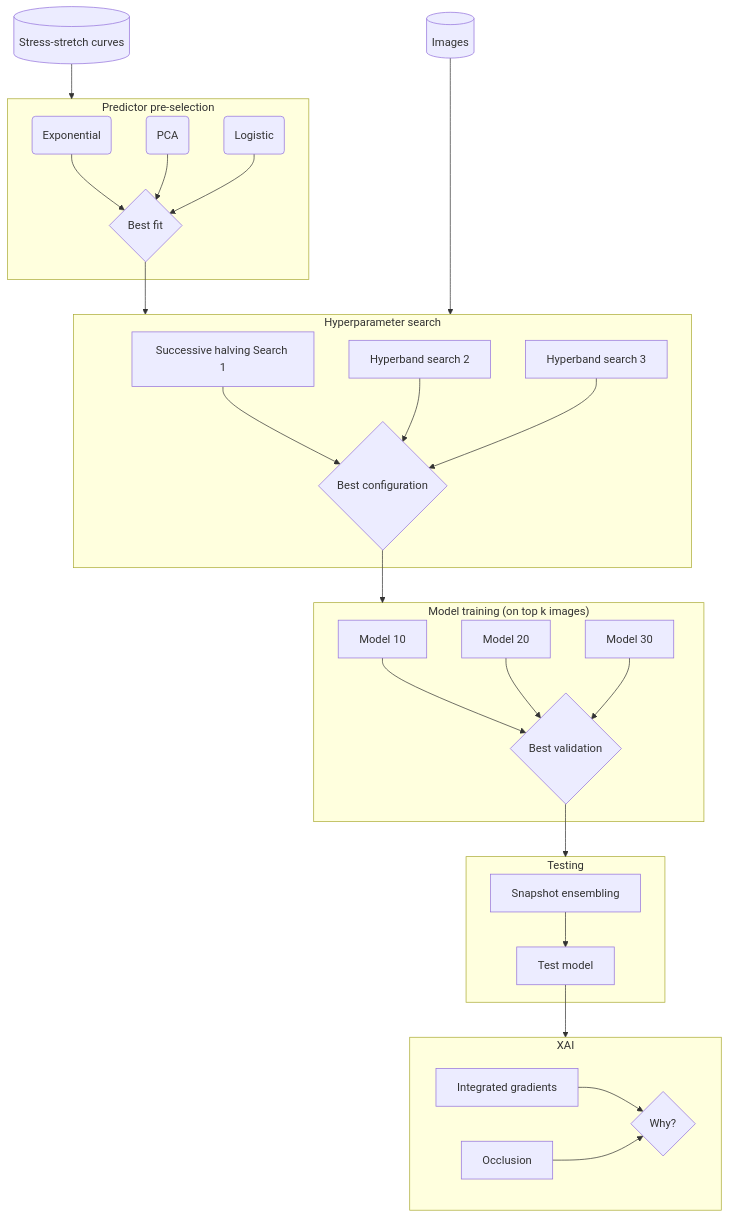
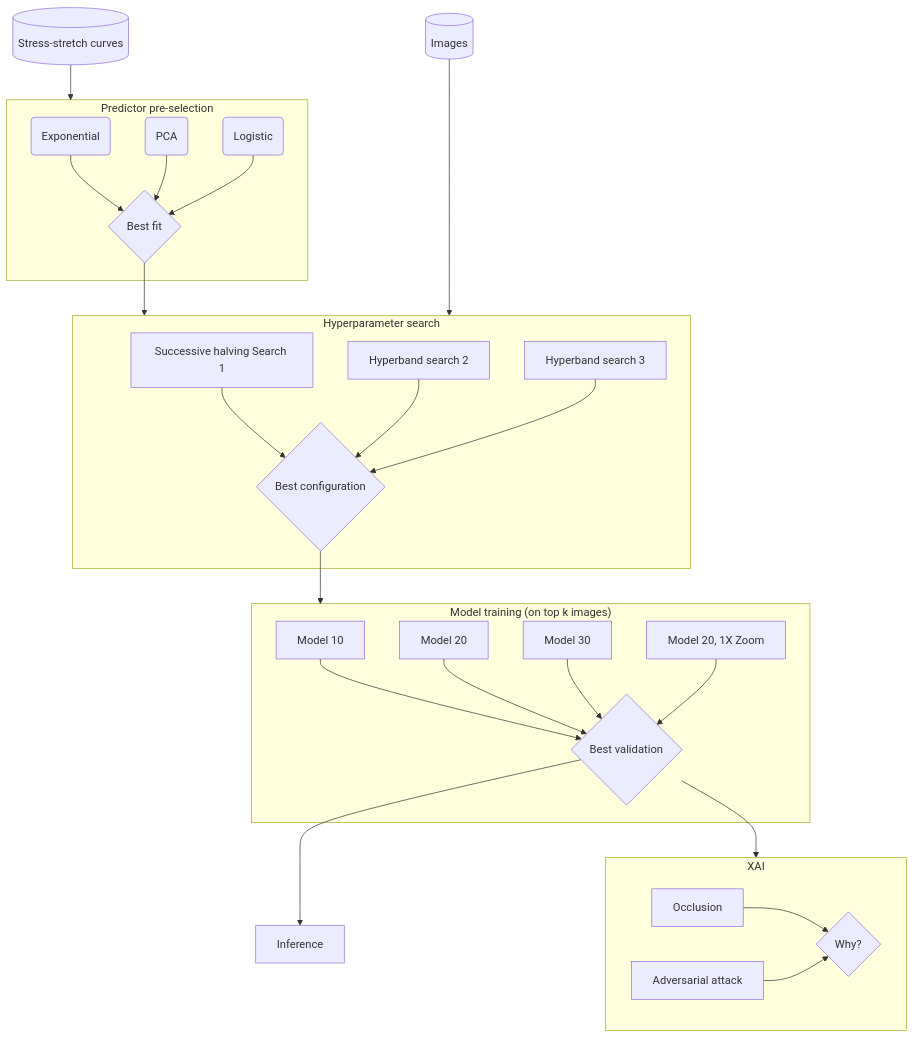
One commit to siemdejong/mscthesis changed the diagram in mermaid/skin_analysis.mmd. Above: the diagram before and after it, drawn with Mermaid. The commit also changed 1 other file, not shown here.

Commit message:
fix: update flowchart to reflect actual analysis

```diff
--- a/mermaid/skin_analysis.mmd
+++ b/mermaid/skin_analysis.mmd
@@ -1,57 +1,57 @@
 %%{init: {'theme':'default', flowchart: {'htmlLabels': false}}}%%
 
 flowchart TB
     %% nodes
 
     curves[(Stress-stretch curves)]
 
     subgraph predictor_pre_selection[Predictor pre-selection]
         exp(Exponential)
         pca(PCA)
         logistic(Logistic)
         best_fit{Best fit}
     end
-
 
     images[(Images)]
 
     subgraph hparam_search[Hyperparameter search]
         study1["Successive halving Search 1"]
         study2["Hyperband search 2"]
         study3["Hyperband search 3"]
         best_config{Best configuration}
     end
 
     subgraph training["Model training (on top k images)"]
         %% train5[Model 5]
         train10[Model 10]
         %% train15[Model 15]
         train20[Model 20]
         train30[Model 30]
+        train1X[Model 20, 1X Zoom]
         best_val{Best validation}
     end
 
-    subgraph testing[Testing]
-        ensemble[Snapshot ensembling]
-        test[Test model]
+    inference[Inference]
+
+    subgraph xai[XAI]
+        %%ig[Integrated gradients]
+        occ[Occlusion]
+        attack[Adversarial attack]
+        why{Why?}
     end
 
-    subgraph xai[XAI]
-        ig[Integrated gradients]
-        occ[Occlusion]
-        why{Why?}
-    end
 
     %% Connections
 
     curves --> predictor_pre_selection
     exp & pca & logistic --> best_fit
     best_fit --> hparam_search
     images ----> hparam_search
     study1 & study2 & study3 --> best_config
     best_config --> training
-    train10 & train20 & train30 --> best_val
-    best_val --> testing
-    ensemble --> test
-    test --> xai
-    ig & occ --> why
+    train10 & train20 & train30 & train1X --> best_val
+    best_val --> inference & xai
+    %%best_val --> testing
+    %%ensemble --> test
+
+    occ & attack --> why
```
